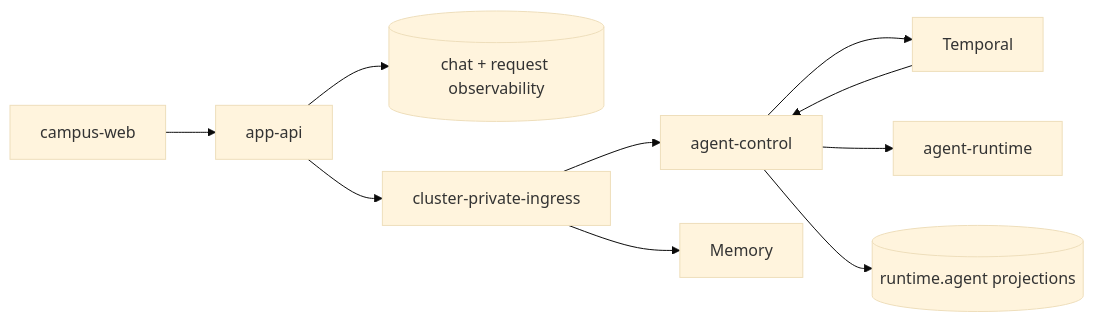
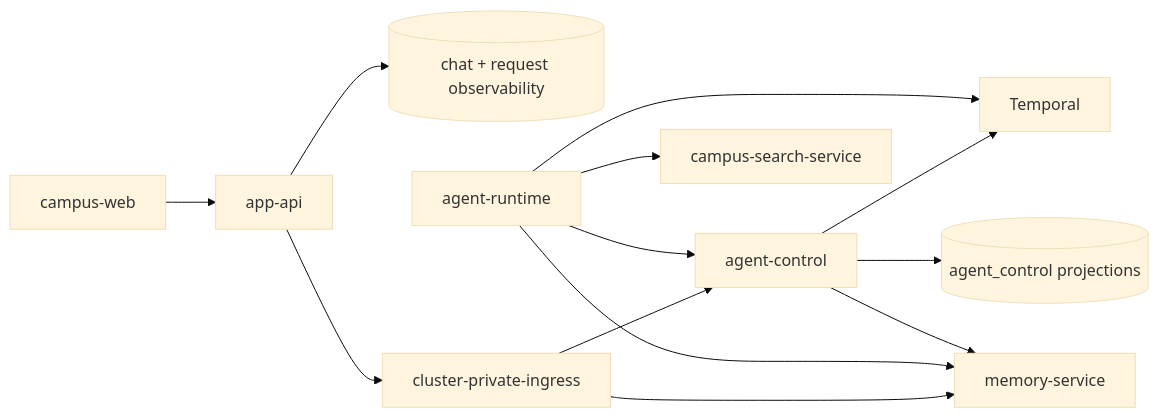
The diagram in docs/architecture/system/product-runtime.md (Luxfeier22331/campus-agent-main), drawn with Mermaid (base theme) before and after one commit. The commit also changed other lines of this file and 370 other files, not shown here.

````diff
--- a/docs/architecture/system/product-runtime.md
+++ b/docs/architecture/system/product-runtime.md
@@ -39,21 +39,26 @@
 ```mermaid
 flowchart LR
   Browser[campus-web]
   AppAPI[app-api]
   ProductDB[(chat + request observability)]
   Control[agent-control]
   Temporal[Temporal]
   Agent[agent-runtime]
-  RunDB[(runtime.agent projections)]
+  RunDB[(agent_control projections)]
+  Memory[memory-service]
+  Search[campus-search-service]
 
   Browser --> AppAPI
   AppAPI --> ProductDB
   PrivateIngress[cluster-private-ingress]
   AppAPI --> PrivateIngress
   PrivateIngress --> Control
   PrivateIngress --> Memory
   Control --> Temporal
-  Temporal --> Control
-  Control --> Agent
+  Agent --> Temporal
+  Agent --> Control
+  Agent --> Search
+  Agent --> Memory
+  Control --> Memory
   Control --> RunDB
 ```
````
